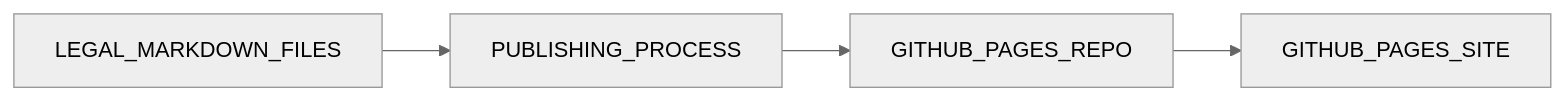
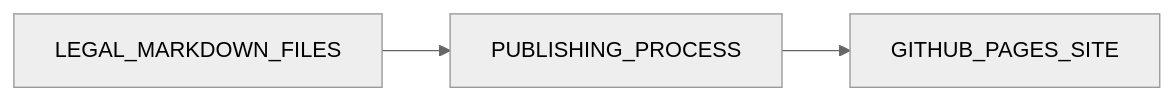
The diagram in README.md (basvandriel/legaldocs-microservice), drawn with Mermaid (neutral theme) before and after one commit.

````diff
--- a/README.md
+++ b/README.md
@@ -11,12 +11,9 @@
 ```mermaid
 flowchart LR
     LEGAL_MARKDOWN_FILES
     GITHUB_PAGES_SITE
-    GITHUB_PAGES_REPO
     PUBLISHING_PROCESS
 
     LEGAL_MARKDOWN_FILES --> PUBLISHING_PROCESS
-
-    PUBLISHING_PROCESS --> GITHUB_PAGES_REPO
-    GITHUB_PAGES_REPO --> GITHUB_PAGES_SITE;
+    PUBLISHING_PROCESS --> GITHUB_PAGES_SITE;
 ```
````
